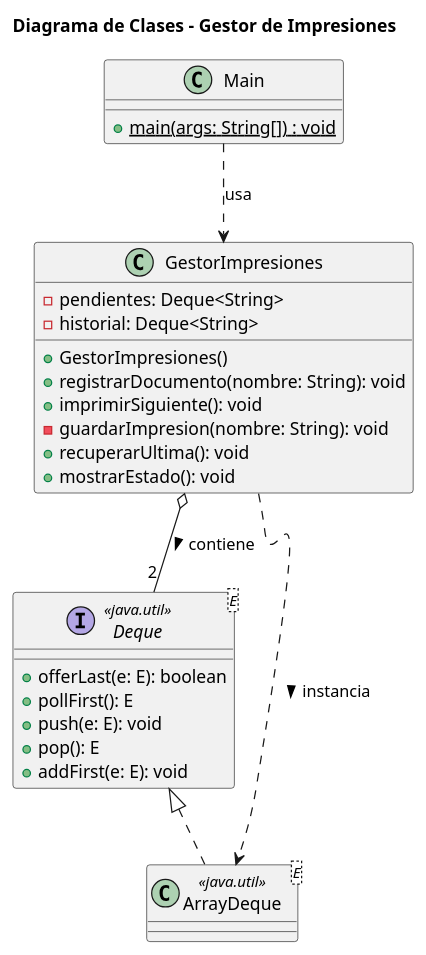
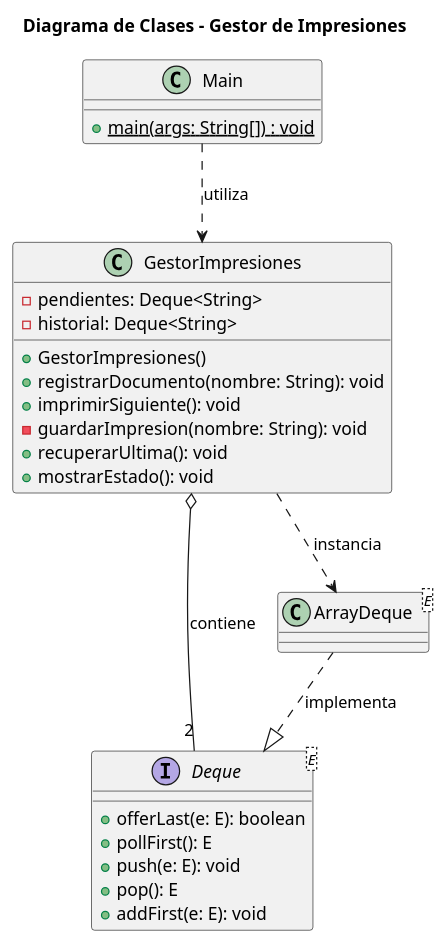
One commit to Joel03032007/Laboratorio changed the diagram in README.md. Above: the diagram before and after it, drawn with PlantUML. The commit also changed other lines of this file, not shown here.

````diff
--- a/README.md
+++ b/README.md
@@ -28,35 +172,41 @@
+```plantuml
 @startuml Gestor_de_Impresiones
 
 title Diagrama de Clases - Gestor de Impresiones
 
 class Main {
-  + {static} main(args: String[]) : void
+    + {static} main(args: String[]) : void
 }
 
 class GestorImpresiones {
-  - pendientes: Deque<String>
-  - historial: Deque<String>
-  + GestorImpresiones()
-  + registrarDocumento(nombre: String): void
-  + imprimirSiguiente(): void
-  - guardarImpresion(nombre: String): void
-  + recuperarUltima(): void
-  + mostrarEstado(): void
+    - pendientes: Deque<String>
+    - historial: Deque<String>
+    + GestorImpresiones()
+    + registrarDocumento(nombre: String): void
+    + imprimirSiguiente(): void
+    - guardarImpresion(nombre: String): void
+    + recuperarUltima(): void
+    + mostrarEstado(): void
 }
 
-interface "Deque<E>" as Deque <<java.util>> {
-  + offerLast(e: E): boolean
-  + pollFirst(): E
-  + push(e: E): void
-  + pop(): E
-  + addFirst(e: E): void
+interface "Deque<E>" as Deque {
+    + offerLast(e: E): boolean
+    + pollFirst(): E
+    + push(e: E): void
+    + pop(): E
+    + addFirst(e: E): void
 }
 
-class "ArrayDeque<E>" as ArrayDeque <<java.util>> implements Deque {
+class "ArrayDeque<E>" as ArrayDeque {
 }
 
-Main ..> GestorImpresiones : usa
-GestorImpresiones o-- "2" Deque : contiene >
-GestorImpresiones ..> ArrayDeque : instancia >
+Main ..> GestorImpresiones : utiliza
+
+GestorImpresiones o-- "2" Deque : contiene
+
+GestorImpresiones ..> ArrayDeque : instancia
+
+ArrayDeque ..|> Deque : implementa
 
 @enduml
+```
````
